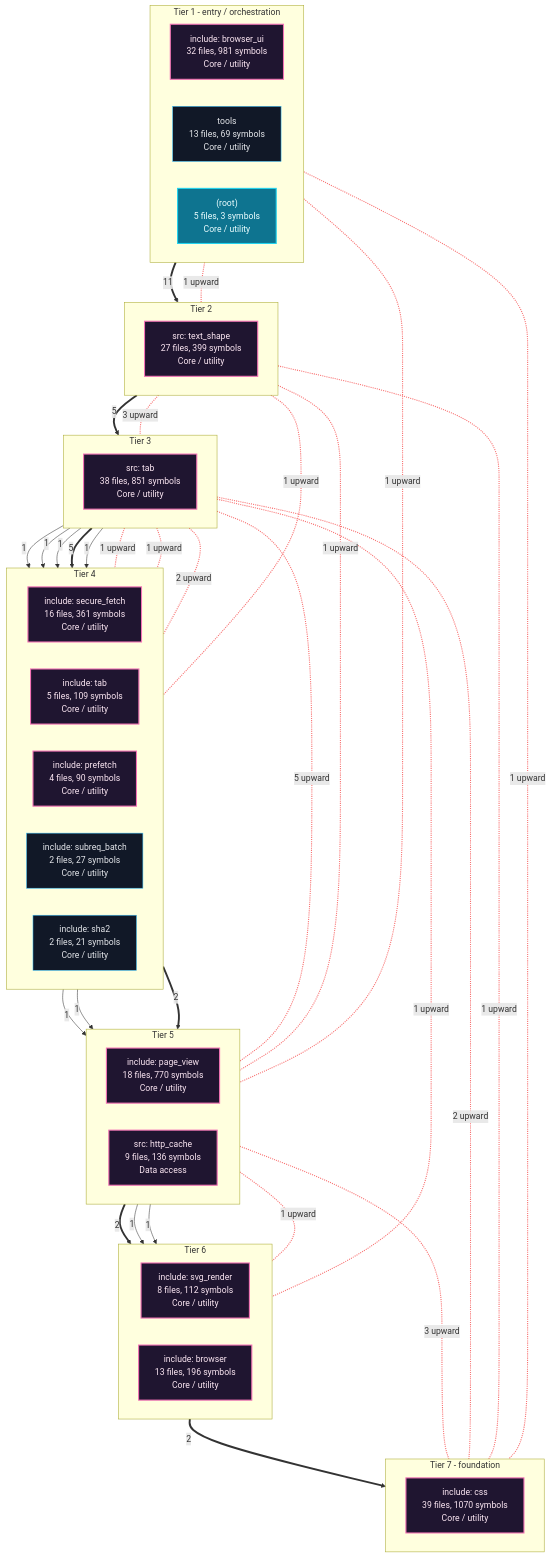
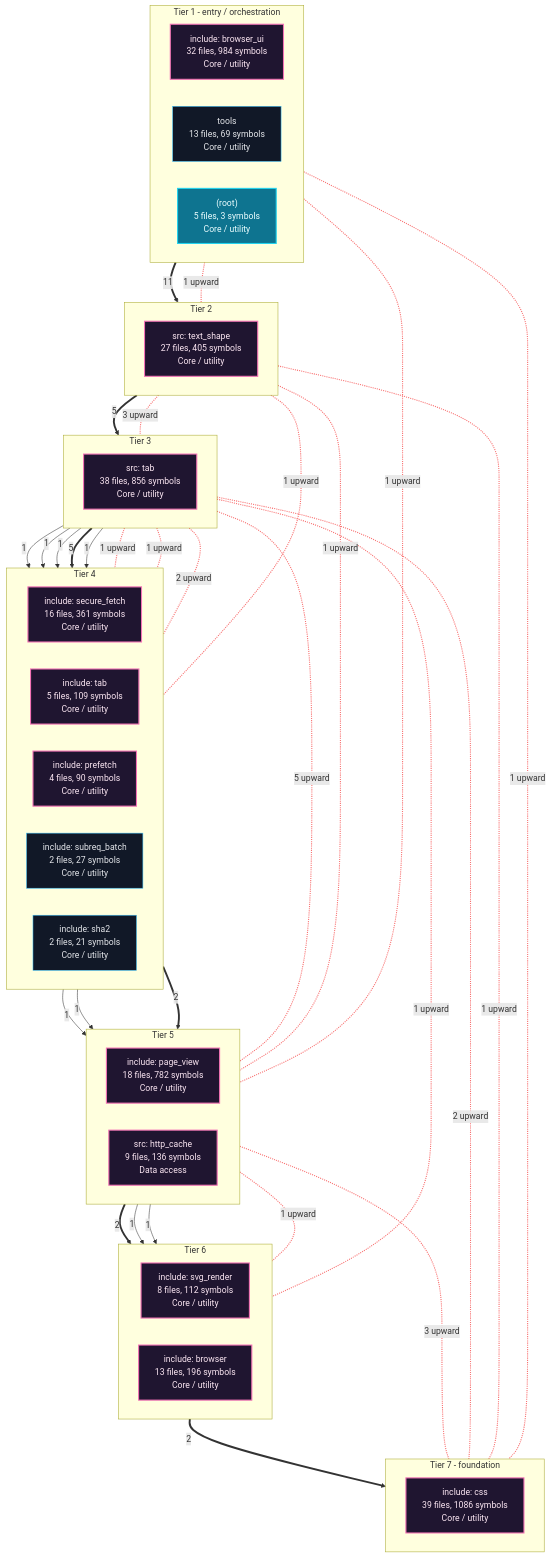
One commit to grisuno/FreeDom changed the first of 6 diagrams in readmenator-apidocs/architecture.md. Above: the diagram before and after it, drawn with Mermaid. The commit also changed other lines of this file and 234 other files, not shown here.

````diff
--- a/readmenator-apidocs/architecture.md
+++ b/readmenator-apidocs/architecture.md
@@ -11,78 +11,78 @@
 ```mermaid
 flowchart TB
     classDef cycle fill:#1f1530,stroke:#f472b6,color:#fce7f3,stroke-width:2px;
     classDef default fill:#111827,stroke:#38bdf8,color:#e5e7eb;
     classDef entry fill:#0e7490,stroke:#22d3ee,color:#ecfeff,stroke-width:2px;
     subgraph lane_0["Tier 1 - entry / orchestration"]
         direction LR
-        n_c2["include: browser_ui<br/>32 files, 981 symbols<br/>Core / utility"]:::cycle
+        n_c2["include: browser_ui<br/>32 files, 984 symbols<br/>Core / utility"]:::cycle
         n_d_tools["tools<br/>13 files, 69 symbols<br/>Core / utility"]:::default
         n_d__root_["(root)<br/>5 files, 3 symbols<br/>Core / utility"]:::entry
     end
     subgraph lane_1["Tier 2"]
         direction LR
-        n_c3["src: text_shape<br/>27 files, 399 symbols<br/>Core / utility"]:::cycle
+        n_c3["src: text_shape<br/>27 files, 405 symbols<br/>Core / utility"]:::cycle
     end
     subgraph lane_2["Tier 3"]
         direction LR
-        n_c1["src: tab<br/>38 files, 851 symbols<br/>Core / utility"]:::cycle
+        n_c1["src: tab<br/>38 files, 856 symbols<br/>Core / utility"]:::cycle
     end
     subgraph lane_3["Tier 4"]
         direction LR
         n_c5["include: secure_fetch<br/>16 files, 361 symbols<br/>Core / utility"]:::cycle
         n_c9["include: tab<br/>5 files, 109 symbols<br/>Core / utility"]:::cycle
         n_c10["include: prefetch<br/>4 files, 90 symbols<br/>Core / utility"]:::cycle
         n_c12["include: subreq_batch<br/>2 files, 27 symbols<br/>Core / utility"]:::default
         n_c11["include: sha2<br/>2 files, 21 symbols<br/>Core / utility"]:::default
     end
     subgraph lane_4["Tier 5"]
         direction LR
-        n_c4["include: page_view<br/>18 files, 770 symbols<br/>Core / utility"]:::cycle
+        n_c4["include: page_view<br/>18 files, 782 symbols<br/>Core / utility"]:::cycle
         n_c7["src: http_cache<br/>9 files, 136 symbols<br/>Data access"]:::cycle
     end
     subgraph lane_5["Tier 6"]
         direction LR
         n_c8["include: svg_render<br/>8 files, 112 symbols<br/>Core / utility"]:::cycle
         n_c6["include: browser<br/>13 files, 196 symbols<br/>Core / utility"]:::cycle
     end
     subgraph lane_6["Tier 7 - foundation"]
         direction LR
-        n_c0["include: css<br/>39 files, 1070 symbols<br/>Core / utility"]:::cycle
+        n_c0["include: css<br/>39 files, 1086 symbols<br/>Core / utility"]:::cycle
     end
     n_c1 -->|"1"| n_c10
     n_c1 -->|"1"| n_c11
     n_c1 -->|"1"| n_c12
     n_c1 ==>|"5"| n_c5
     n_c1 -->|"1"| n_c9
     n_c2 ==>|"11"| n_c3
     n_c3 ==>|"5"| n_c1
     n_c4 ==>|"2"| n_c6
     n_c4 -->|"1"| n_c8
     n_c5 -->|"1"| n_c4
     n_c5 -->|"1"| n_c7
     n_c7 -->|"1"| n_c6
     n_c8 ==>|"2"| n_c0
     n_c9 ==>|"2"| n_c4
     n_c1 <-.-|"2 upward"| n_c0
     n_c2 <-.-|"1 upward"| n_c0
     n_c3 <-.-|"1 upward"| n_c0
     n_c4 <-.-|"3 upward"| n_c0
     n_c3 <-.-|"3 upward"| n_c1
     n_c1 <-.-|"1 upward"| n_c10
     n_c2 <-.-|"1 upward"| n_c3
     n_c1 <-.-|"5 upward"| n_c4
     n_c3 <-.-|"1 upward"| n_c4
     n_c1 <-.-|"1 upward"| n_c5
     n_c3 <-.-|"1 upward"| n_c5
     n_c1 <-.-|"1 upward"| n_c6
     n_c2 <-.-|"1 upward"| n_c7
     n_c4 <-.-|"1 upward"| n_c8
     n_c1 <-.-|"2 upward"| n_c9
     linkStyle 14,15,16,17,18,19,20,21,22,23,24,25,26,27,28 stroke:#f87171,stroke-width:2px;
     n_c2 ~~~ n_c3
     n_c3 ~~~ n_c1
     n_c1 ~~~ n_c5
     n_c5 ~~~ n_c4
     n_c4 ~~~ n_c8
     n_c8 ~~~ n_c0
 ```
````
